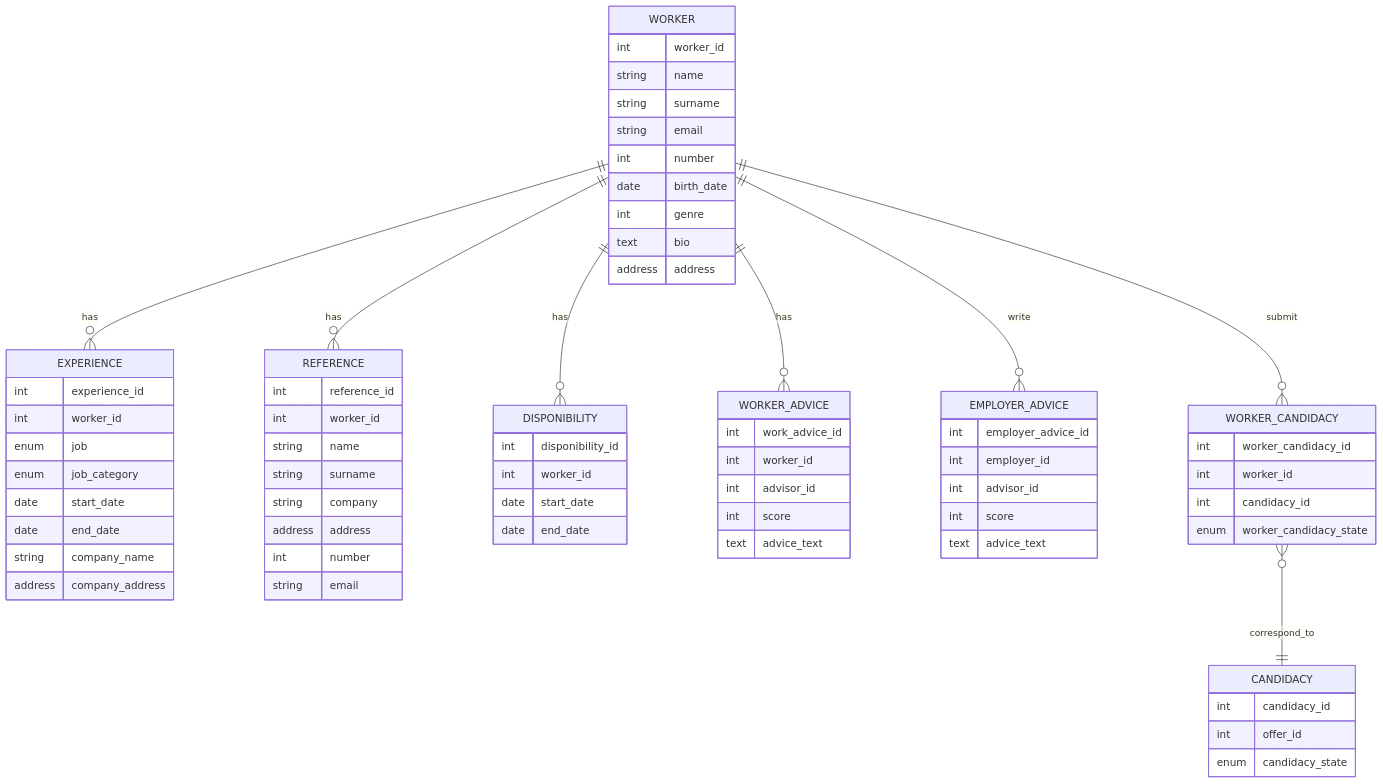
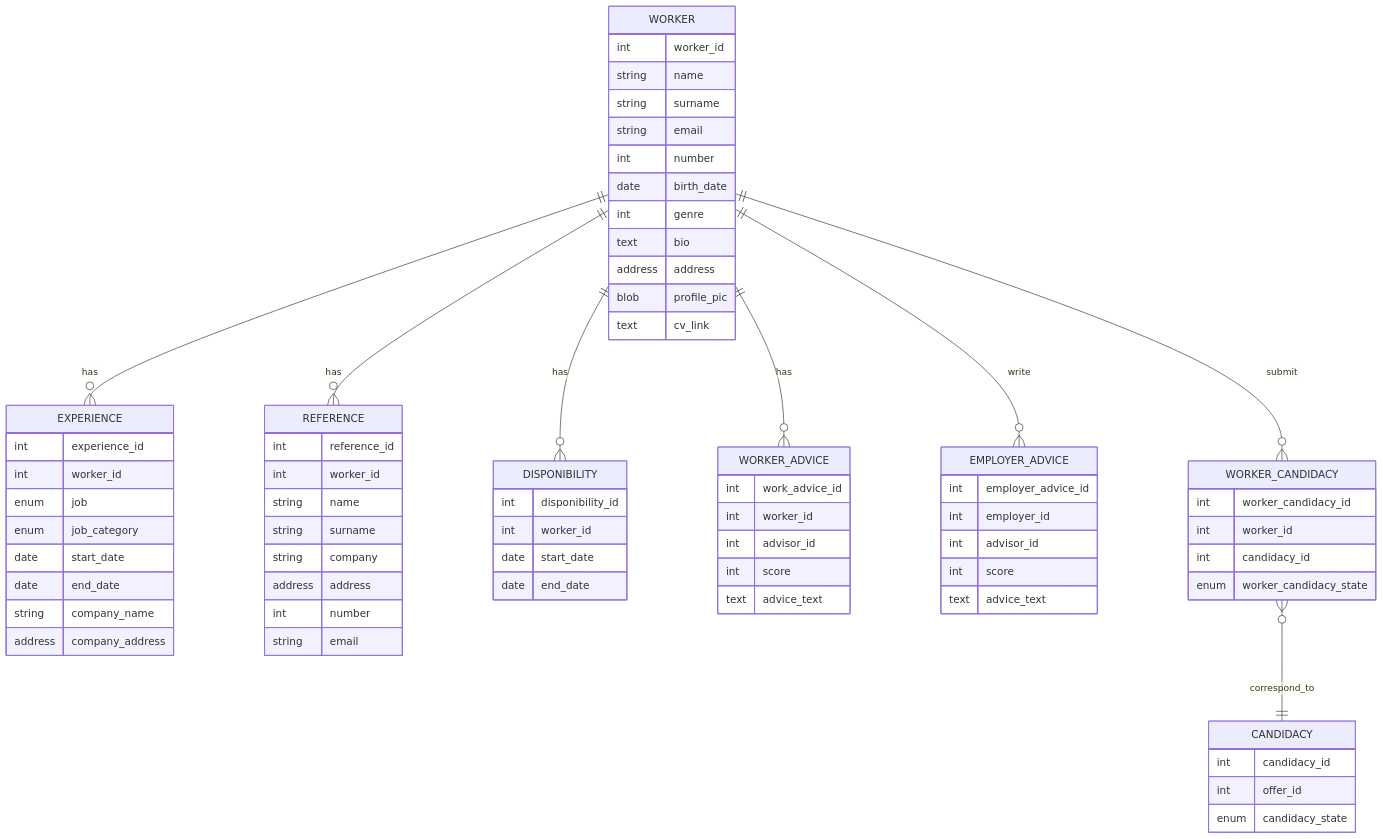
Before and after one commit to Hunh0w/SeasoningFront: the diagram in README.md, drawn with Mermaid.

Commit message:
docs(livrable): add profile picture and cv to worker table

````diff
--- a/README.md
+++ b/README.md
@@ -88,73 +88,75 @@
 ```mermaid
 erDiagram
     WORKER ||--o{ EXPERIENCE : has
     WORKER ||--o{ REFERENCE : has
     WORKER ||--o{ DISPONIBILITY : has
     WORKER ||--o{ WORKER_ADVICE : has
     WORKER ||--o{ EMPLOYER_ADVICE : write
     WORKER ||--o{ WORKER_CANDIDACY : submit
     WORKER_CANDIDACY o{--|| CANDIDACY : correspond_to
     
     WORKER {
         int worker_id
         string name
         string surname
         string email
         int number
         date birth_date
         int genre
         text bio
         address address
+        blob profile_pic
+        text cv_link
     }
     EXPERIENCE {
         int experience_id
         int worker_id
         enum job
         enum job_category
         date start_date
         date end_date
         string company_name
         address company_address
     }
     REFERENCE {
         int reference_id
         int worker_id
         string name
         string surname
         string company
         address address
         int number
         string email
     }
     DISPONIBILITY {
         int disponibility_id
         int worker_id
         date start_date
         date end_date
     }
     WORKER_ADVICE {
         int work_advice_id
         int worker_id
         int advisor_id
         int score
         text advice_text
     }
     EMPLOYER_ADVICE {  
         int employer_advice_id  
         int employer_id
         int advisor_id
         int score
         text advice_text
     }
     WORKER_CANDIDACY {  
         int worker_candidacy_id  
         int worker_id  
         int candidacy_id
         enum worker_candidacy_state 
     }
     CANDIDACY {
         int candidacy_id
         int offer_id
         enum candidacy_state
     }
 ```
````
